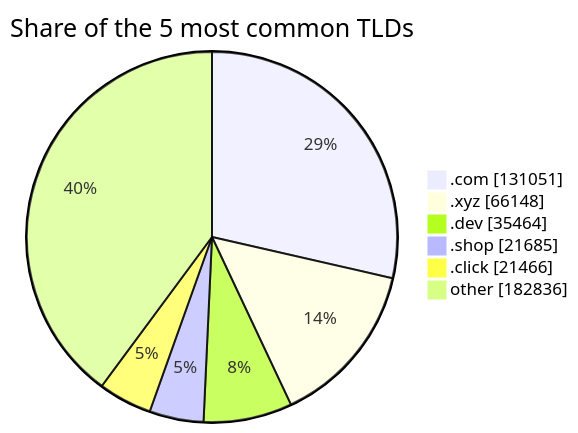
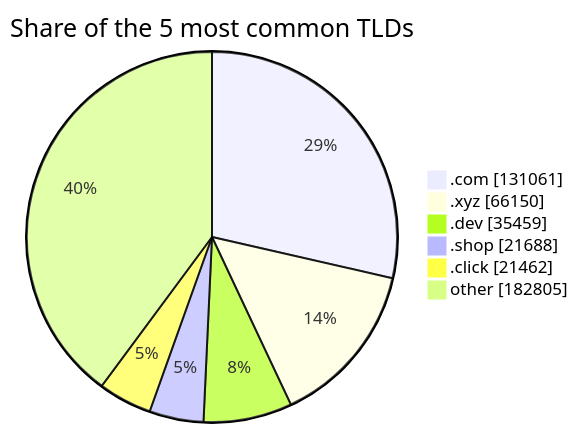
The third of 3 diagrams in README.md (DNSBunker/CTI), drawn with Mermaid before and after one commit. The commit also changed other lines of this file and 3 other files, not shown here.

````diff
--- a/README.md
+++ b/README.md
@@ -81,9 +81,9 @@
 ```mermaid
 pie showData title Share of the 5 most common TLDs
-    ".com" : 131051
-    ".xyz" : 66148
-    ".dev" : 35464
-    ".shop" : 21685
-    ".click" : 21466
-    "other" : 182836
+    ".com" : 131061
+    ".xyz" : 66150
+    ".dev" : 35459
+    ".shop" : 21688
+    ".click" : 21462
+    "other" : 182805
 ```
````
